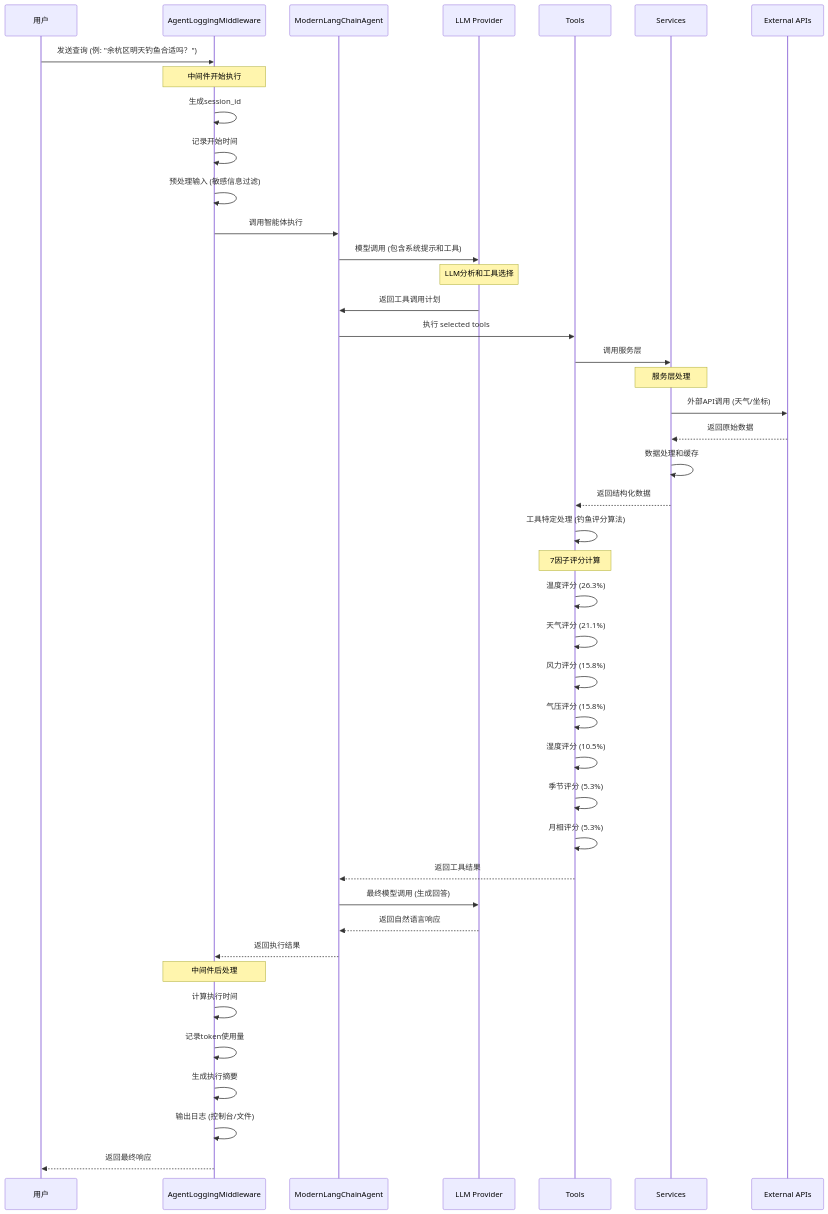
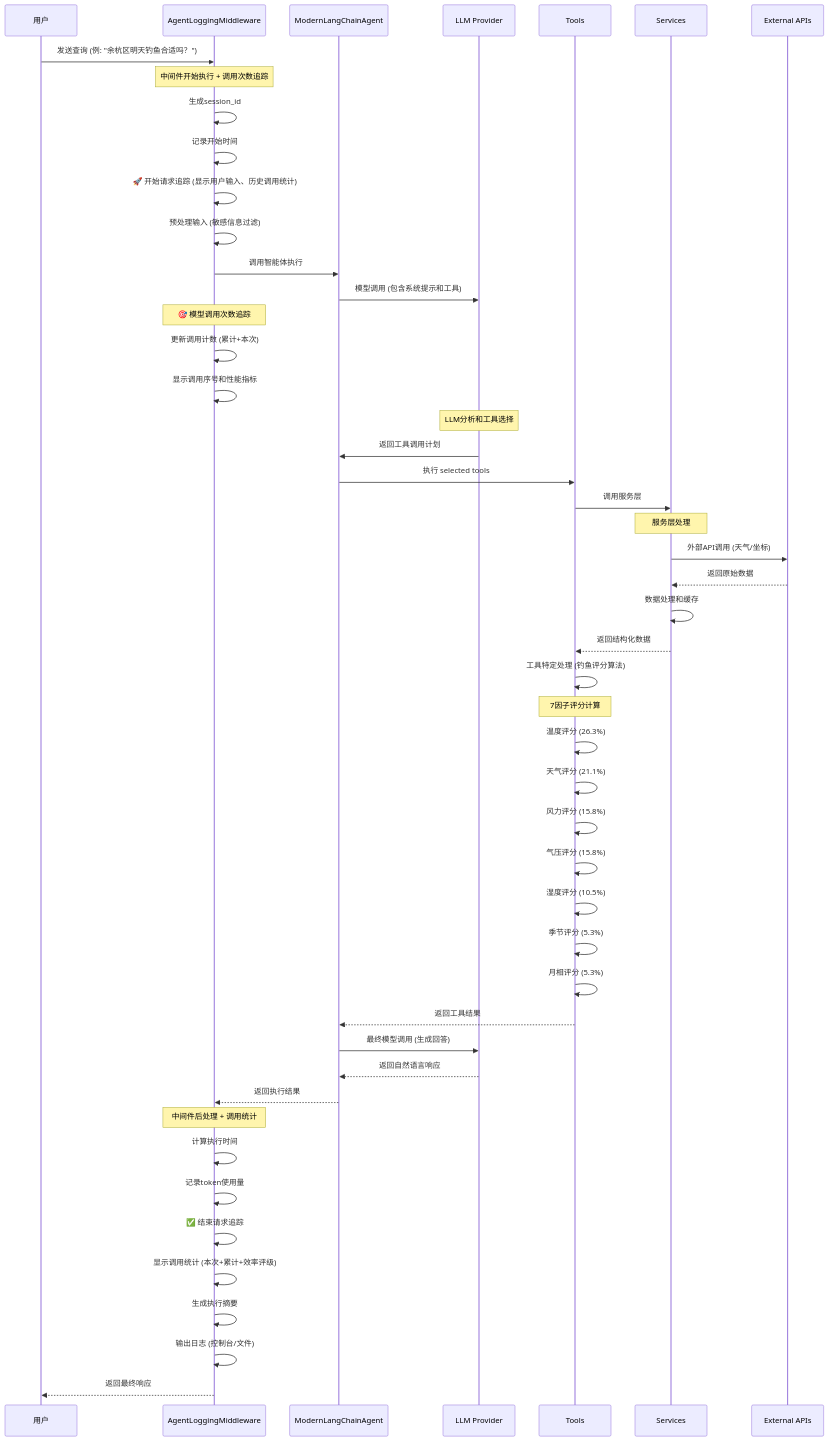
One commit to leoomo/langchain_learning changed the fifth of 7 diagrams in LangChain_架构详解.md. Above: the diagram before and after it, drawn with Mermaid. The commit also changed other lines of this file and 3 other files, not shown here.

First line of the commit message:
feat: update LangChain architecture and logging system

````diff
--- a/LangChain_架构详解.md
+++ b/LangChain_架构详解.md
@@ -274,56 +402,63 @@
 ```mermaid
 sequenceDiagram
     participant U as 用户
     participant M as AgentLoggingMiddleware
     participant A as ModernLangChainAgent
     participant L as LLM Provider
     participant T as Tools
     participant S as Services
     participant API as External APIs
 
     U->>M: 发送查询 (例: "余杭区明天钓鱼合适吗？")
 
-    Note over M: 中间件开始执行
+    Note over M: 中间件开始执行 + 调用次数追踪
     M->>M: 生成session_id
     M->>M: 记录开始时间
+    M->>M: 🚀 开始请求追踪 (显示用户输入、历史调用统计)
     M->>M: 预处理输入 (敏感信息过滤)
 
     M->>A: 调用智能体执行
     A->>L: 模型调用 (包含系统提示和工具)
+
+    Note over M: 🎯 模型调用次数追踪
+    M->>M: 更新调用计数 (累计+本次)
+    M->>M: 显示调用序号和性能指标
 
     Note over L: LLM分析和工具选择
     L->>A: 返回工具调用计划
 
     A->>T: 执行 selected tools
     T->>S: 调用服务层
 
     Note over S: 服务层处理
     S->>API: 外部API调用 (天气/坐标)
     API-->>S: 返回原始数据
     S->>S: 数据处理和缓存
 
     S-->>T: 返回结构化数据
     T->>T: 工具特定处理 (钓鱼评分算法)
 
     Note over T: 7因子评分计算
     T->>T: 温度评分 (26.3%)
     T->>T: 天气评分 (21.1%)
     T->>T: 风力评分 (15.8%)
     T->>T: 气压评分 (15.8%)
     T->>T: 湿度评分 (10.5%)
     T->>T: 季节评分 (5.3%)
     T->>T: 月相评分 (5.3%)
 
     T-->>A: 返回工具结果
     A->>L: 最终模型调用 (生成回答)
     L-->>A: 返回自然语言响应
     A-->>M: 返回执行结果
 
-    Note over M: 中间件后处理
+    Note over M: 中间件后处理 + 调用统计
     M->>M: 计算执行时间
     M->>M: 记录token使用量
+    M->>M: ✅ 结束请求追踪
+    M->>M: 显示调用统计 (本次+累计+效率评级)
     M->>M: 生成执行摘要
     M->>M: 输出日志 (控制台/文件)
 
     M-->>U: 返回最终响应
 ```
````
